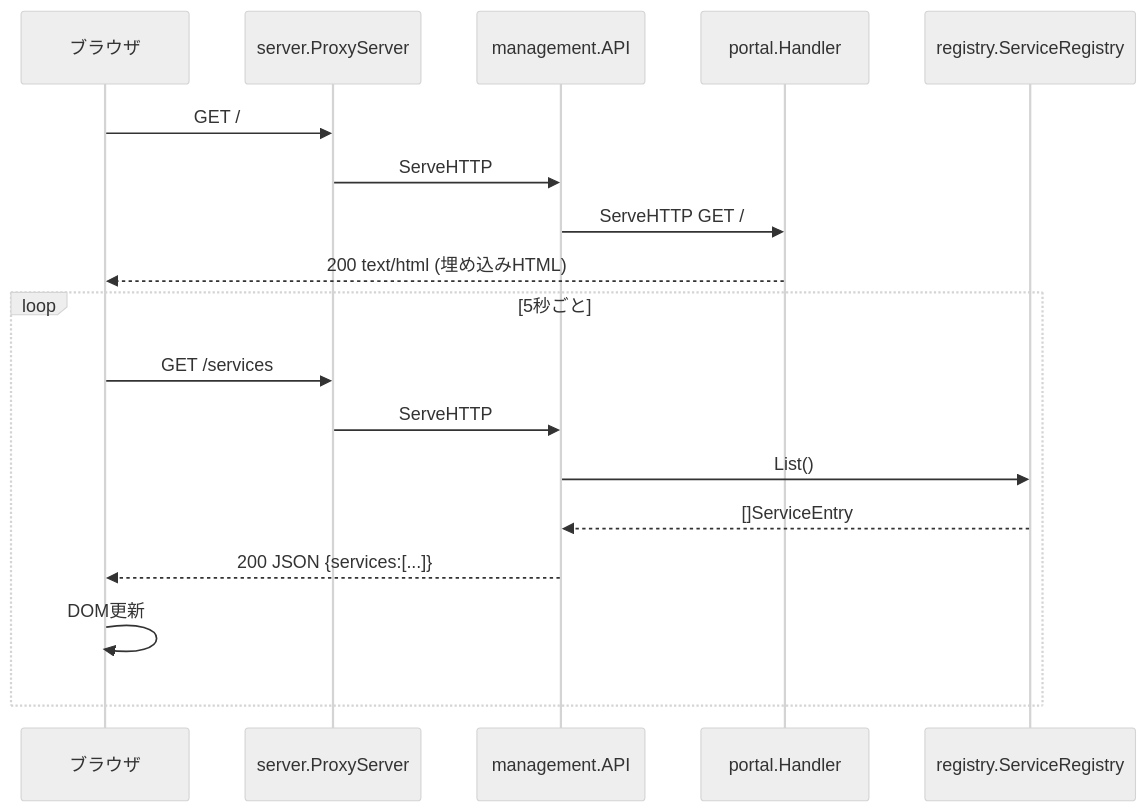
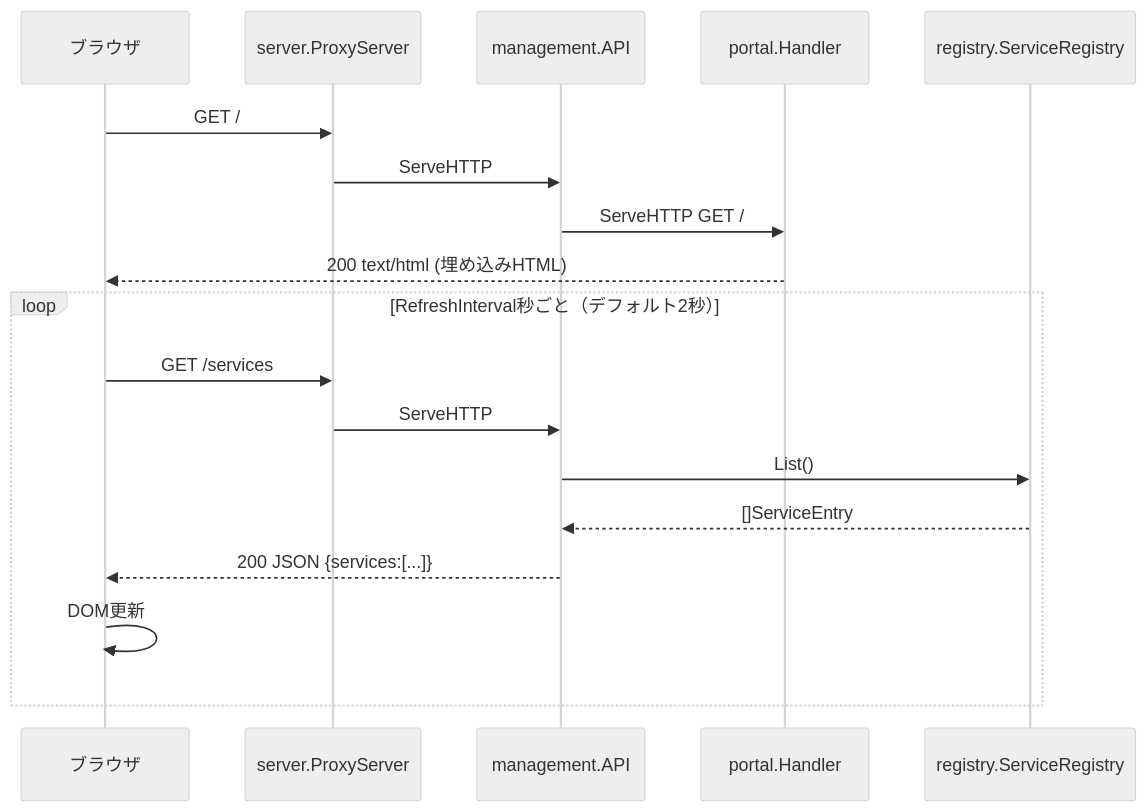
One commit to backpaper0/localgate changed the second of 3 diagrams in .kiro/specs/portal-screen/design.md. Above: the diagram before and after it, drawn with Mermaid (neutral theme). The commit also changed other lines of this file and 2 other files, not shown here.

````diff
--- a/.kiro/specs/portal-screen/design.md
+++ b/.kiro/specs/portal-screen/design.md
@@ -83,22 +82,22 @@
 ```mermaid
 sequenceDiagram
     participant B as ブラウザ
     participant S as server.ProxyServer
     participant M as management.API
     participant P as portal.Handler
     participant R as registry.ServiceRegistry
 
     B->>S: GET /
     S->>M: ServeHTTP
     M->>P: ServeHTTP GET /
     P-->>B: 200 text/html (埋め込みHTML)
 
-    loop 5秒ごと
+    loop RefreshInterval秒ごと（デフォルト2秒）
         B->>S: GET /services
         S->>M: ServeHTTP
         M->>R: List()
         R-->>M: []ServiceEntry
         M-->>B: 200 JSON {services:[...]}
         B->>B: DOM更新
     end
 ```
````
